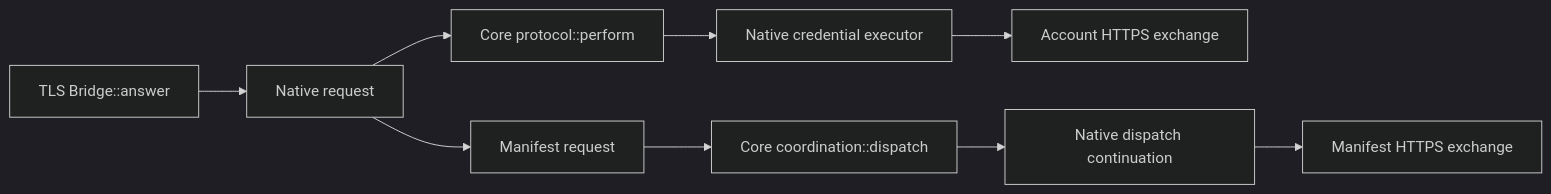
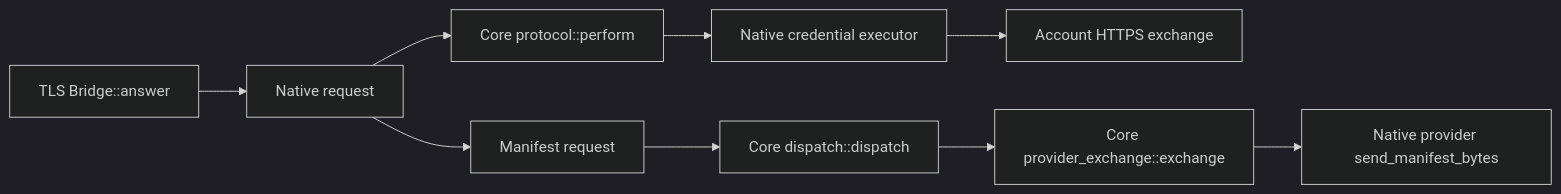
Before and after one commit to Erotemic/aivm-secrets: the diagram in docs/specialized-call-ledger.md, drawn with Mermaid (dark theme). The commit also changed 32 other files, not shown here.

First line of the commit message:
Own manifest dispatch state across native primitives

````diff
--- a/docs/specialized-call-ledger.md
+++ b/docs/specialized-call-ledger.md
@@ -28,11 +28,11 @@
 ```mermaid
 flowchart LR
     A["TLS Bridge::answer"] --> B["Native request"]
     B --> C["Core protocol::perform"]
     C --> D["Native credential executor"]
     D --> E["Account HTTPS exchange"]
     B --> F["Manifest request"]
-    F --> G["Core coordination::dispatch"]
-    G --> H["Native dispatch continuation"]
-    H --> I["Manifest HTTPS exchange"]
+    F --> G["Core dispatch::dispatch"]
+    G --> H["Core provider_exchange::exchange"]
+    H --> I["Native provider send_manifest_bytes"]
 ```
````
